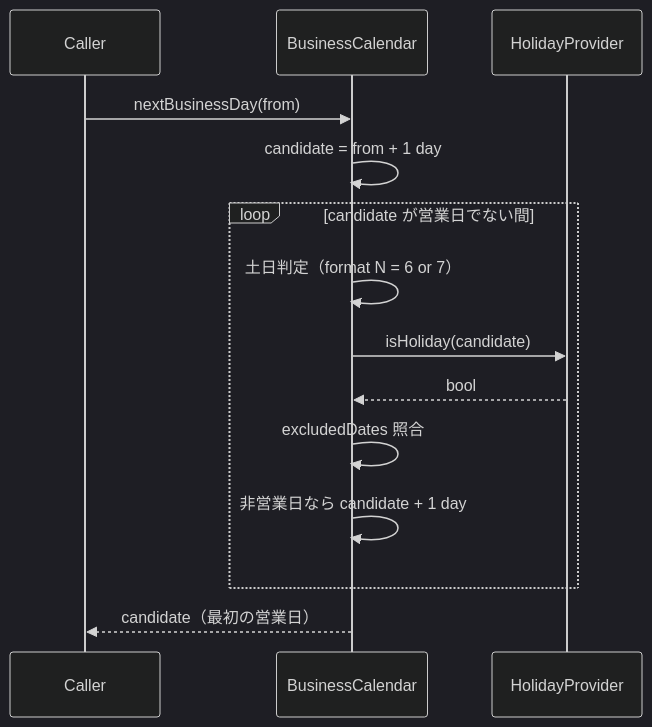
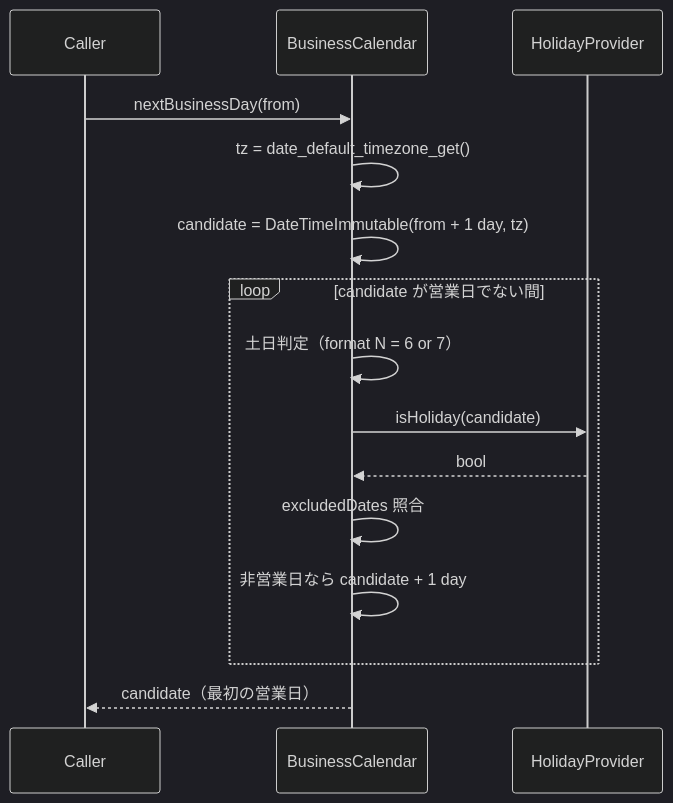
One commit to taku-o/php-heijitu changed the second of 3 diagrams in .kiro/specs/step2-holidayjp/design.md. Above: the diagram before and after it, drawn with Mermaid (dark theme). The commit also changed other lines of this file and 4 other files, not shown here.

````diff
--- a/.kiro/specs/step2-holidayjp/design.md
+++ b/.kiro/specs/step2-holidayjp/design.md
@@ -138,17 +137,18 @@
 ```mermaid
 sequenceDiagram
     participant Caller
     participant BC as BusinessCalendar
     participant Provider as HolidayProvider
 
     Caller->>BC: nextBusinessDay(from)
-    BC->>BC: candidate = from + 1 day
+    BC->>BC: tz = date_default_timezone_get()
+    BC->>BC: candidate = DateTimeImmutable(from + 1 day, tz)
     loop candidate が営業日でない間
         BC->>BC: 土日判定（format N = 6 or 7）
         BC->>Provider: isHoliday(candidate)
         Provider-->>BC: bool
         BC->>BC: excludedDates 照合
         BC->>BC: 非営業日なら candidate + 1 day
     end
     BC-->>Caller: candidate（最初の営業日）
 ```
````
